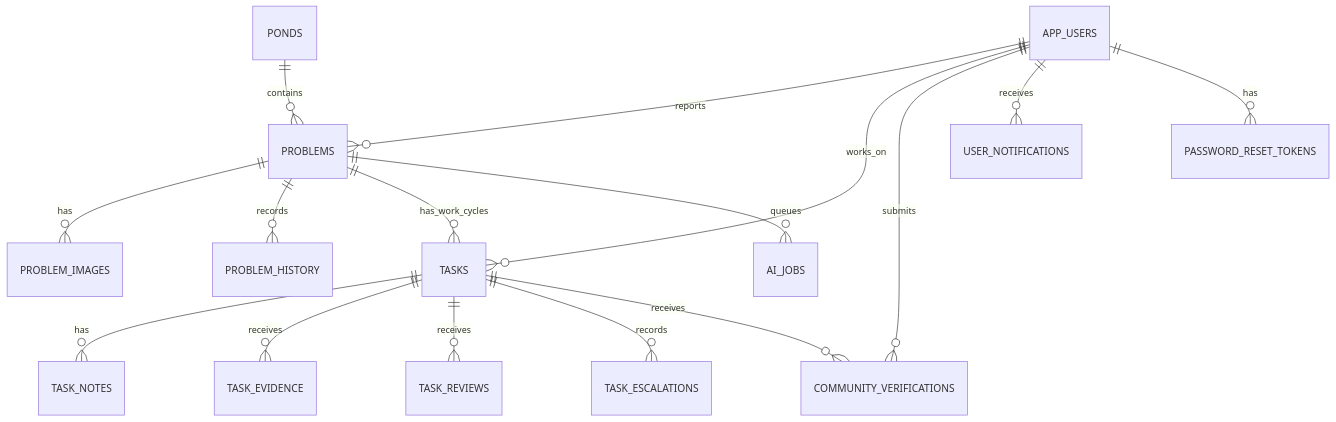
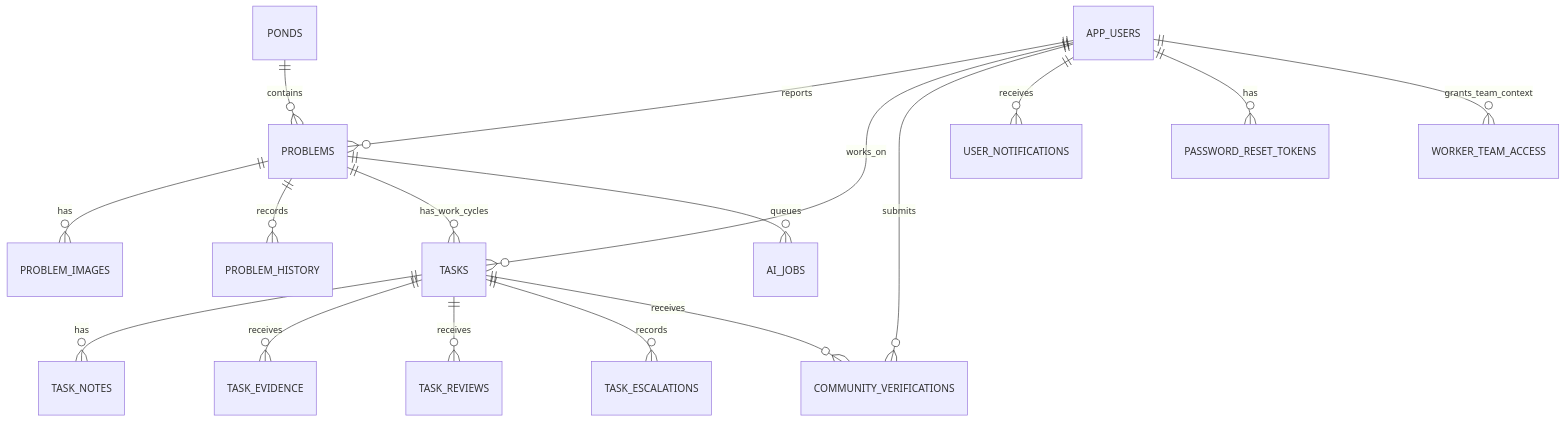
One commit to anugrahks19/Jalachaya changed the fourth of 6 diagrams in README.md. Above: the diagram before and after it, drawn with Mermaid. The commit also changed other lines of this file and 77 other files, not shown here.

````diff
--- a/README.md
+++ b/README.md
@@ -155,18 +161,19 @@
 ```mermaid
 erDiagram
     APP_USERS ||--o{ PROBLEMS : reports
     PONDS ||--o{ PROBLEMS : contains
     PROBLEMS ||--o{ PROBLEM_IMAGES : has
     PROBLEMS ||--o{ PROBLEM_HISTORY : records
     PROBLEMS ||--o{ TASKS : has_work_cycles
     APP_USERS ||--o{ TASKS : works_on
     TASKS ||--o{ TASK_NOTES : has
     TASKS ||--o{ TASK_EVIDENCE : receives
     TASKS ||--o{ TASK_REVIEWS : receives
     TASKS ||--o{ TASK_ESCALATIONS : records
     TASKS ||--o{ COMMUNITY_VERIFICATIONS : receives
     APP_USERS ||--o{ COMMUNITY_VERIFICATIONS : submits
     PROBLEMS ||--o{ AI_JOBS : queues
     APP_USERS ||--o{ USER_NOTIFICATIONS : receives
     APP_USERS ||--o{ PASSWORD_RESET_TOKENS : has
+    APP_USERS ||--o{ WORKER_TEAM_ACCESS : grants_team_context
 ```
````
